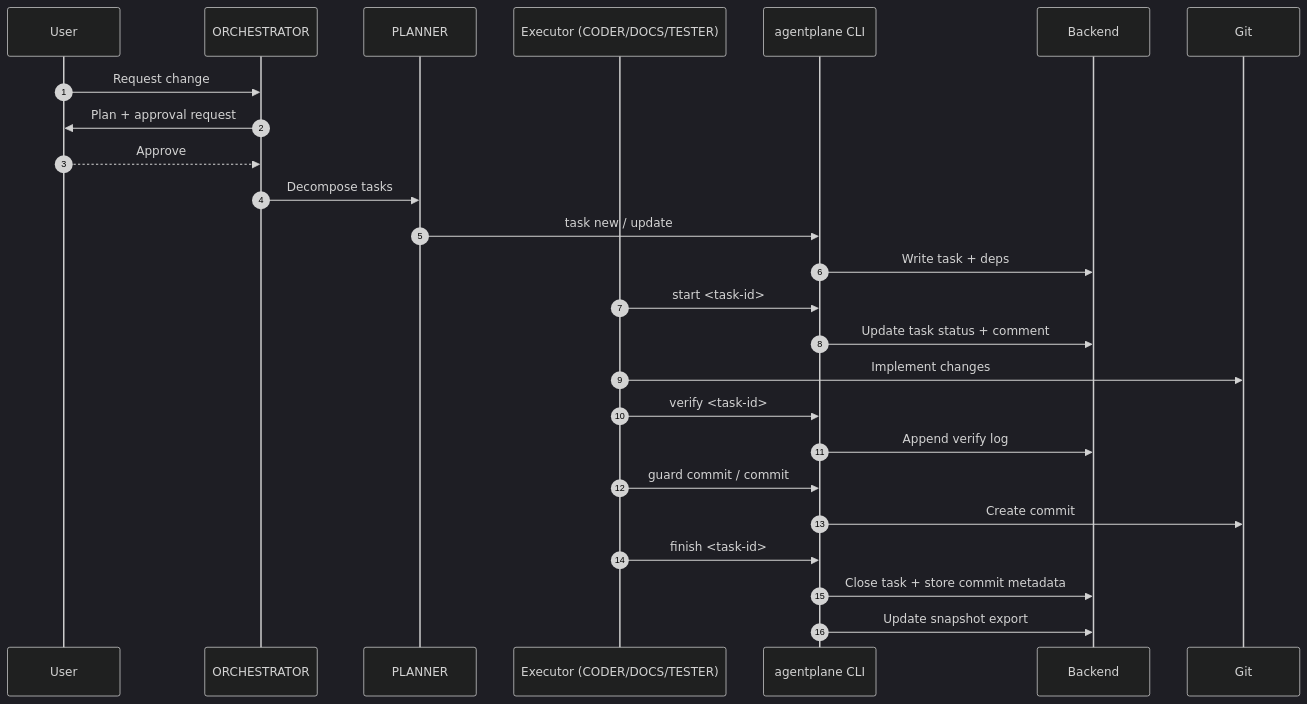
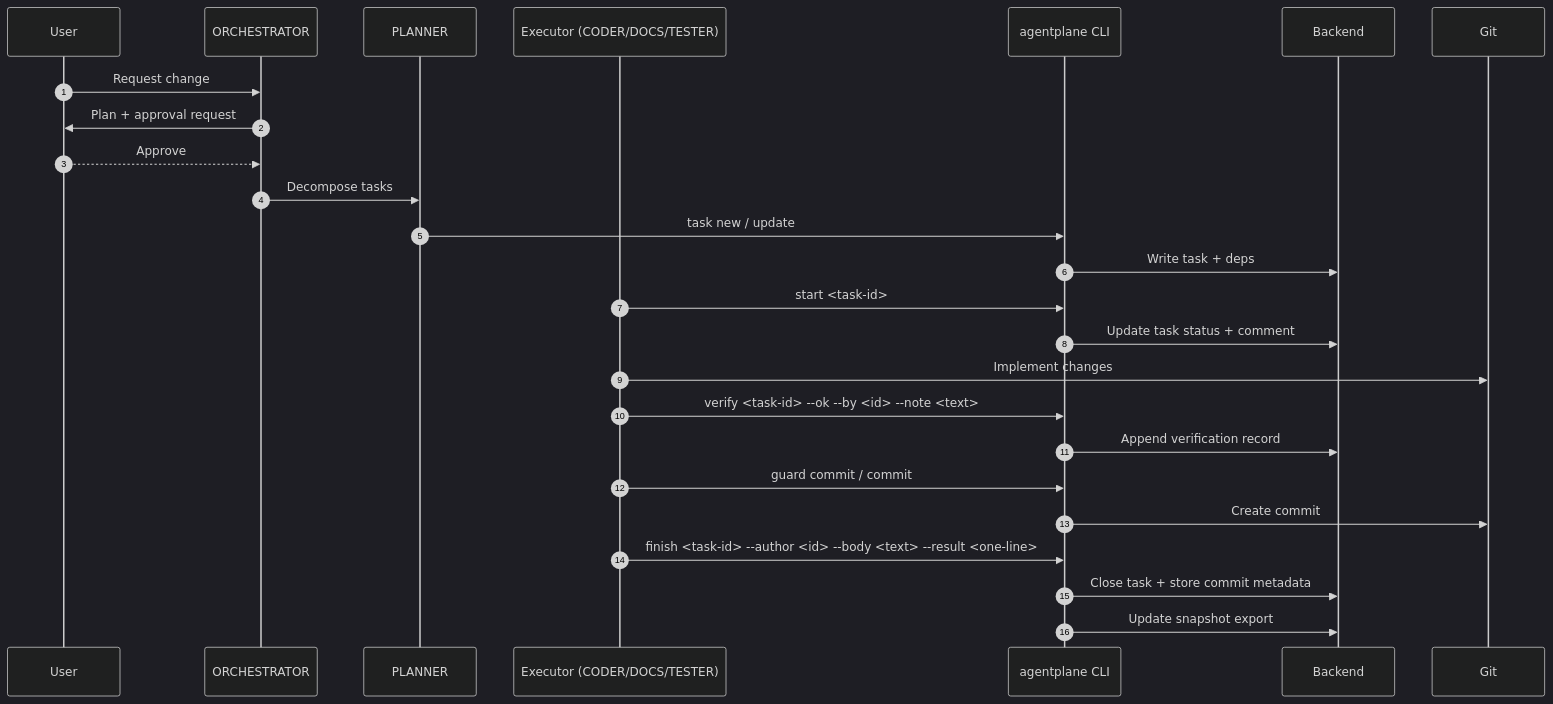
Before and after one commit to basilisk-labs/agentplane: the second of 3 diagrams in docs/user/task-lifecycle.mdx, drawn with Mermaid (dark theme). The commit also changed other lines of this file and 7 other files, not shown here.

````diff
--- a/docs/user/task-lifecycle.mdx
+++ b/docs/user/task-lifecycle.mdx
@@ -52,28 +52,28 @@
 ```mermaid
 sequenceDiagram
   autonumber
   participant U as User
   participant O as ORCHESTRATOR
   participant P as PLANNER
   participant E as Executor (CODER/DOCS/TESTER)
   participant CLI as agentplane CLI
   participant B as Backend
   participant G as Git
 
   U->>O: Request change
   O->>U: Plan + approval request
   U-->>O: Approve
   O->>P: Decompose tasks
   P->>CLI: task new / update
   CLI->>B: Write task + deps
   E->>CLI: start <task-id>
   CLI->>B: Update task status + comment
   E->>G: Implement changes
-  E->>CLI: verify <task-id>
-  CLI->>B: Append verify log
+  E->>CLI: verify <task-id> --ok --by <id> --note <text>
+  CLI->>B: Append verification record
   E->>CLI: guard commit / commit
   CLI->>G: Create commit
-  E->>CLI: finish <task-id>
+  E->>CLI: finish <task-id> --author <id> --body <text> --result <one-line>
   CLI->>B: Close task + store commit metadata
   CLI->>B: Update snapshot export
 ```
````
